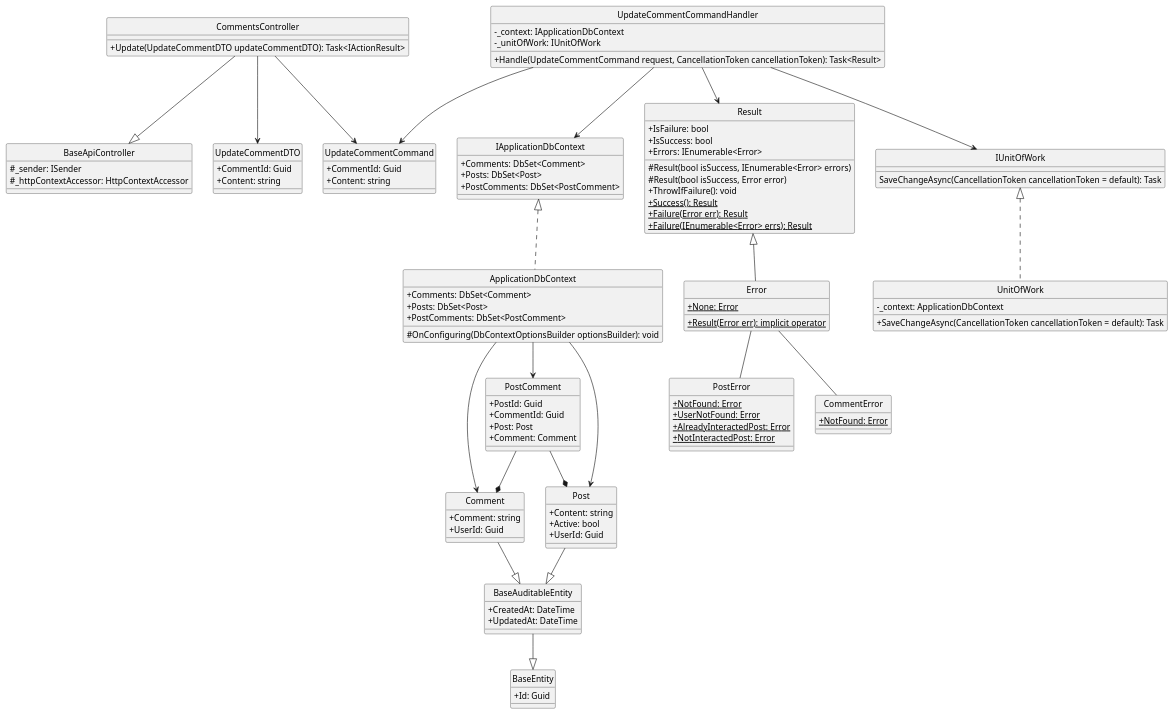
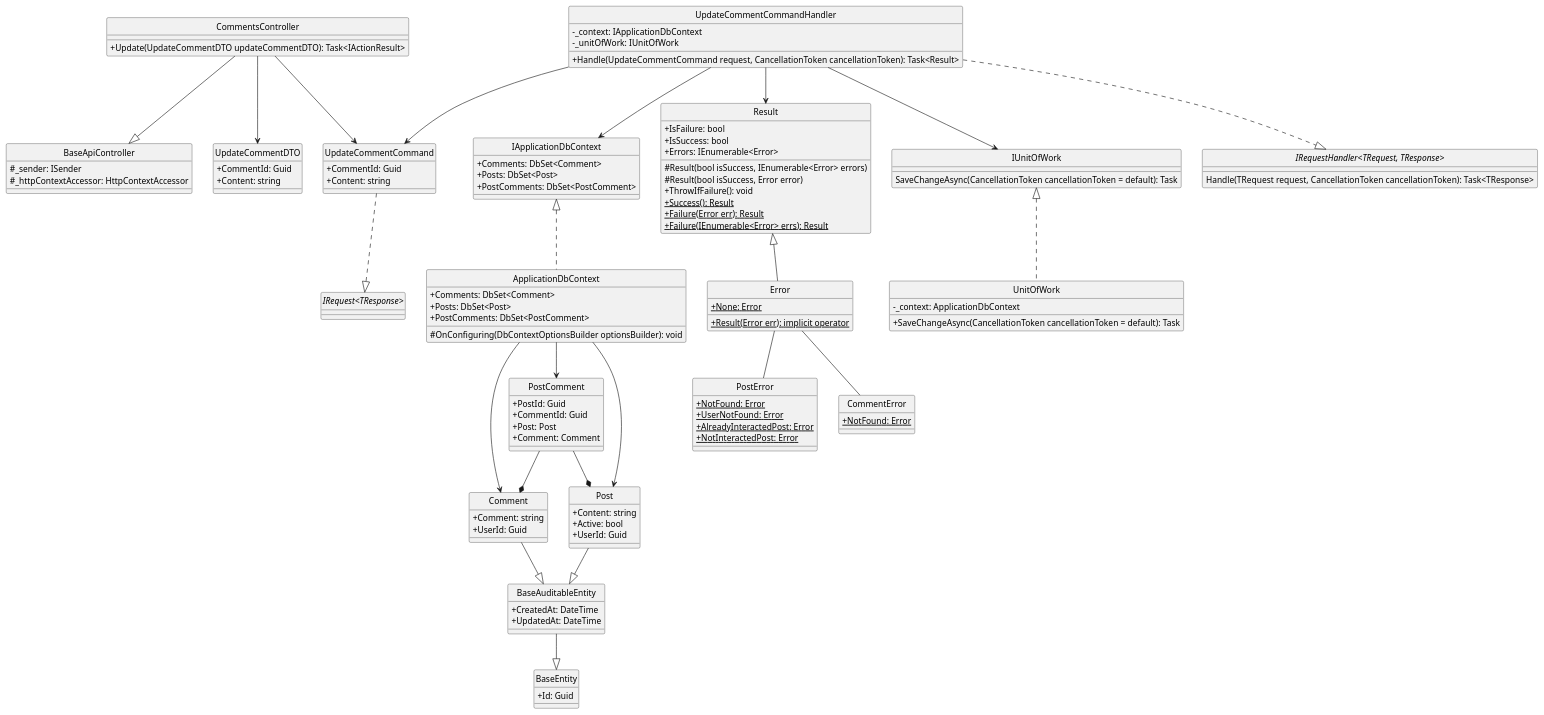
Before and after one commit to Carl-Johnsons/Chat-Application: the diagram in docs/Class Diagram/Post/Comment/UpdateComment/ClassDiagram.plantuml, drawn with PlantUML. The commit also changed 21 other files, not shown here.

Commit message:
update post class diagram

```diff
--- a/docs/Class Diagram/Post/Comment/UpdateComment/ClassDiagram.plantuml
+++ b/docs/Class Diagram/Post/Comment/UpdateComment/ClassDiagram.plantuml
@@ -1,132 +1,139 @@
-@startuml 
+@startuml updateComment
 hide circle
 skinparam classAttributeIconSize 0
 
 class BaseApiController {
     #_sender: ISender 
     #_httpContextAccessor: HttpContextAccessor 
 }
 
 class CommentsController {
     +Update(UpdateCommentDTO updateCommentDTO): Task<IActionResult>
 }
 
 class UpdateCommentCommand {
     +CommentId: Guid 
     +Content: string
 }
 
 class UpdateCommentCommandHandler {
     -_context: IApplicationDbContext
     -_unitOfWork: IUnitOfWork 
     +Handle(UpdateCommentCommand request, CancellationToken cancellationToken): Task<Result>
 }
 
 class IApplicationDbContext {
     +Comments: DbSet<Comment> 
     +Posts: DbSet<Post> 
     +PostComments: DbSet<PostComment> 
 }
 
 class ApplicationDbContext {
     +Comments: DbSet<Comment> 
     +Posts: DbSet<Post> 
     +PostComments: DbSet<PostComment> 
     #OnConfiguring(DbContextOptionsBuilder optionsBuilder): void 
 }
 
 class Result {
     +IsFailure: bool 
     +IsSuccess: bool 
     +Errors: IEnumerable<Error>
     #Result(bool isSuccess, IEnumerable<Error> errors)
     #Result(bool isSuccess, Error error)
     +ThrowIfFailure(): void 
     +{static} Success(): Result 
     +{static} Failure(Error err): Result
     +{static} Failure(IEnumerable<Error> errs): Result
 }
 
 class Error {
     +{static} None: Error
     +{static} Result(Error err): implicit operator
 }
 
 class IUnitOfWork {
     SaveChangeAsync(CancellationToken cancellationToken = default): Task
 }
 
 class UnitOfWork {
     -_context: ApplicationDbContext
     +SaveChangeAsync(CancellationToken cancellationToken = default): Task
 }
 
 class PostError {
     +{static} NotFound: Error
     +{static} UserNotFound: Error
     +{static} AlreadyInteractedPost: Error
     +{static} NotInteractedPost: Error
 }
 
 class CommentError {
     +{static} NotFound: Error
 }
 
 class UpdateCommentDTO {
     +CommentId: Guid
     +Content: string
 }
 
 class BaseEntity {
     +Id: Guid
 }
 
 class BaseAuditableEntity{
     +CreatedAt: DateTime
     +UpdatedAt: DateTime
 }
 
 class Comment {
     +Comment: string
     +UserId: Guid
 }
 
 class PostComment {
     +PostId: Guid
     +CommentId: Guid
     +Post: Post
     +Comment: Comment
 }
 
 class Post {
     +Content: string
     +Active: bool
     +UserId: Guid
 }
 
+interface "IRequest<TResponse>"
+interface "IRequestHandler<TRequest, TResponse>"{
+    Handle(TRequest request, CancellationToken cancellationToken): Task<TResponse>
+}
+
 '==== Update Comment ====
 'API Layer
 CommentsController --|> BaseApiController
 CommentsController --> UpdateCommentCommand
 CommentsController --> UpdateCommentDTO
 'Application Layer
+UpdateCommentCommand ..|> "IRequest<TResponse>"
+UpdateCommentCommandHandler ..|> "IRequestHandler<TRequest, TResponse>"
 UpdateCommentCommandHandler --> UpdateCommentCommand
 UpdateCommentCommandHandler --> Result
 UpdateCommentCommandHandler --> IUnitOfWork
 UpdateCommentCommandHandler --> IApplicationDbContext
 'Domain Layer
 Result <|-- Error
 Error -- PostError
 Error -- CommentError
 Comment --|> BaseAuditableEntity
 Post --|> BaseAuditableEntity
 BaseAuditableEntity --|> BaseEntity
 PostComment --* Post
 PostComment --* Comment
 'Infrastructure Layer
 IUnitOfWork <|.. UnitOfWork
 IApplicationDbContext <|.. ApplicationDbContext
 ApplicationDbContext --> Comment
 ApplicationDbContext --> PostComment
 ApplicationDbContext --> Post
 @enduml
```
